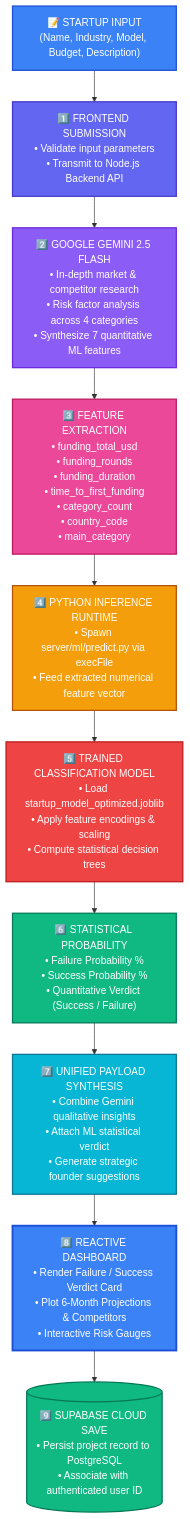
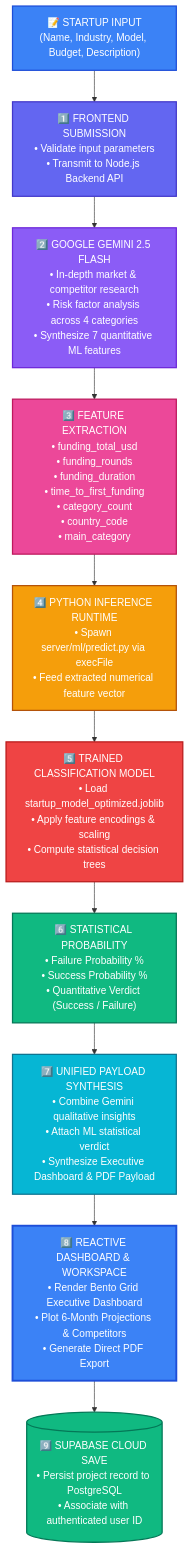
The diagram in README.md (aryan-saini-dev/smart-failure-detection), drawn with Mermaid before and after one commit. The commit also changed other lines of this file, not shown here.

Commit message:
docs: update README.md with Executive Dashboard, PDF export, and session store documentation

````diff
--- a/README.md
+++ b/README.md
@@ -230,31 +244,31 @@
 ```mermaid
 graph TD
     INPUT["📝 STARTUP INPUT<br/>(Name, Industry, Model, Budget, Description)"] --> DISPATCH["1️⃣ FRONTEND SUBMISSION<br/>• Validate input parameters<br/>• Transmit to Node.js Backend API"]
     
     DISPATCH --> GEMINI["2️⃣ GOOGLE GEMINI 2.5 FLASH<br/>• In-depth market & competitor research<br/>• Risk factor analysis across 4 categories<br/>• Synthesize 7 quantitative ML features"]
     
     GEMINI --> EXTRACT["3️⃣ FEATURE EXTRACTION<br/>• funding_total_usd<br/>• funding_rounds<br/>• funding_duration<br/>• time_to_first_funding<br/>• category_count<br/>• country_code<br/>• main_category"]
     
     EXTRACT --> RUNTIME["4️⃣ PYTHON INFERENCE RUNTIME<br/>• Spawn server/ml/predict.py via execFile<br/>• Feed extracted numerical feature vector"]
     
     RUNTIME --> MODEL["5️⃣ TRAINED CLASSIFICATION MODEL<br/>• Load startup_model_optimized.joblib<br/>• Apply feature encodings & scaling<br/>• Compute statistical decision trees"]
     
     MODEL --> PROB["6️⃣ STATISTICAL PROBABILITY<br/>• Failure Probability %<br/>• Success Probability %<br/>• Quantitative Verdict (Success / Failure)"]
     
-    PROB --> MERGE["7️⃣ UNIFIED PAYLOAD SYNTHESIS<br/>• Combine Gemini qualitative insights<br/>• Attach ML statistical verdict<br/>• Generate strategic founder suggestions"]
+    PROB --> MERGE["7️⃣ UNIFIED PAYLOAD SYNTHESIS<br/>• Combine Gemini qualitative insights<br/>• Attach ML statistical verdict<br/>• Synthesize Executive Dashboard & PDF Payload"]
     
-    MERGE --> UI["8️⃣ REACTIVE DASHBOARD<br/>• Render Failure / Success Verdict Card<br/>• Plot 6-Month Projections & Competitors<br/>• Interactive Risk Gauges"]
+    MERGE --> UI["8️⃣ REACTIVE DASHBOARD & WORKSPACE<br/>• Render Bento Grid Executive Dashboard<br/>• Plot 6-Month Projections & Competitors<br/>• Generate Direct PDF Export"]
     
     UI --> DB[("9️⃣ SUPABASE CLOUD SAVE<br/>• Persist project record to PostgreSQL<br/>• Associate with authenticated user ID")]
     
     style INPUT fill:#3B82F6,stroke:#1D4ED8,stroke-width:2px,color:#fff
     style DISPATCH fill:#6366F1,stroke:#4338CA,stroke-width:2px,color:#fff
     style GEMINI fill:#8B5CF6,stroke:#6D28D9,stroke-width:2px,color:#fff
     style EXTRACT fill:#EC4899,stroke:#BE185D,stroke-width:2px,color:#fff
     style RUNTIME fill:#F59E0B,stroke:#B45309,stroke-width:2px,color:#fff
     style MODEL fill:#EF4444,stroke:#B91C1C,stroke-width:2px,color:#fff
     style PROB fill:#10B981,stroke:#047857,stroke-width:2px,color:#fff
     style MERGE fill:#06B6D4,stroke:#0E7490,stroke-width:2px,color:#fff
     style UI fill:#3B82F6,stroke:#1D4ED8,stroke-width:3px,color:#fff
     style DB fill:#10B981,stroke:#047857,stroke-width:2px,color:#fff
 ```
````
